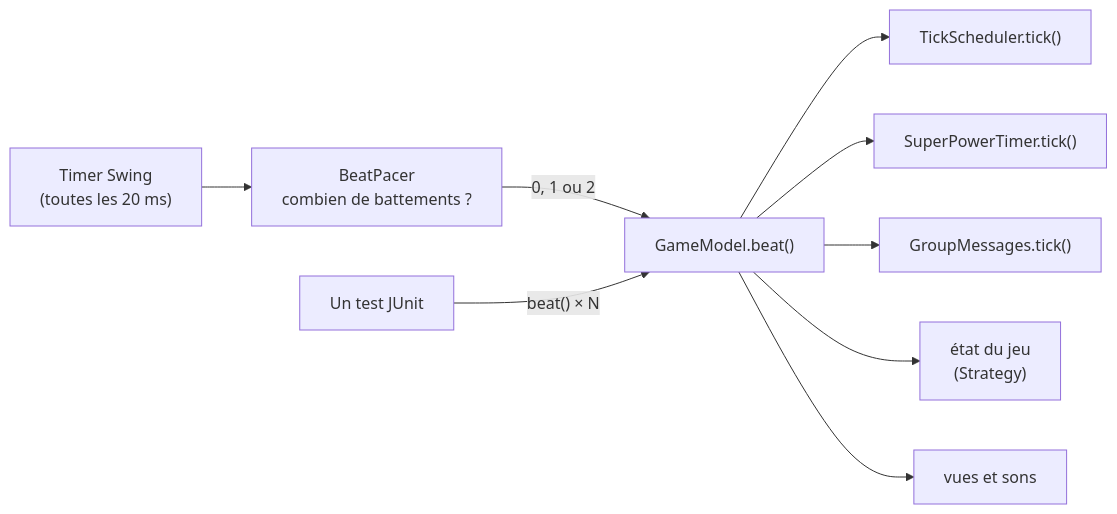
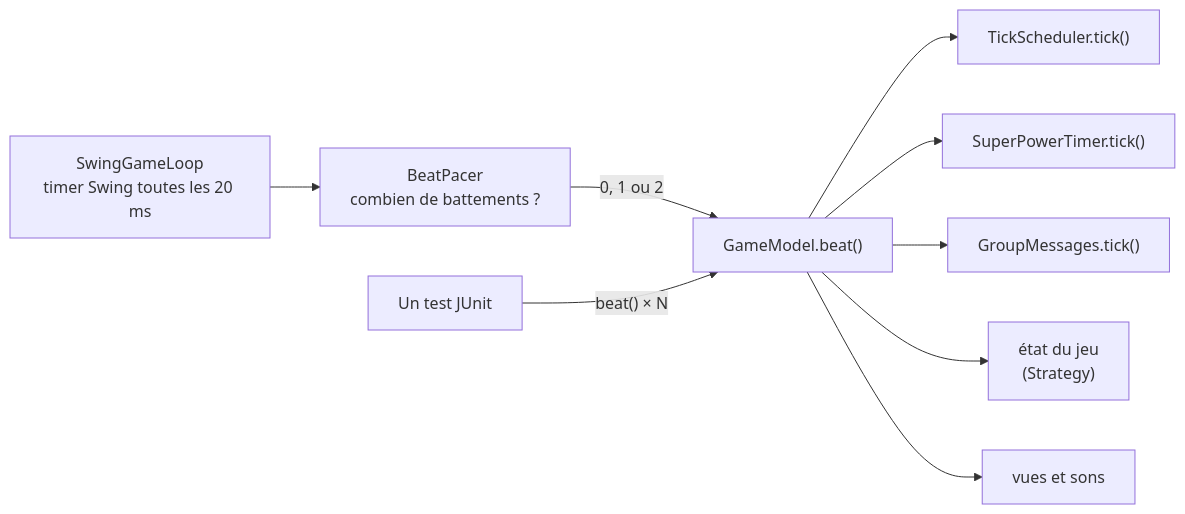
Before and after one commit to FredericLanic/ladybug: the diagram in doc/patterns/game-loop.md, drawn with Mermaid. The commit also changed other lines of this file and 15 other files, not shown here.

First line of the commit message:
[Tech] 4.1 Boucle du jeu sortie du modèle (SwingGameLoop) ; fin des zones blanches au lancement

````diff
--- a/doc/patterns/game-loop.md
+++ b/doc/patterns/game-loop.md
@@ -58,11 +58,11 @@
 ```mermaid
 flowchart LR
-    T["Timer Swing<br/>(toutes les 20 ms)"] --> P["BeatPacer<br/>combien de battements ?"]
+    T["SwingGameLoop<br/>timer Swing toutes les 20 ms"] --> P["BeatPacer<br/>combien de battements ?"]
     P -->|0, 1 ou 2| B["GameModel.beat()"]
     Test["Un test JUnit"] -->|"beat() × N"| B
     B --> S["TickScheduler.tick()"]
     B --> SP["SuperPowerTimer.tick()"]
     B --> M["GroupMessages.tick()"]
     B --> E["état du jeu<br/>(Strategy)"]
     B --> V["vues et sons"]
 ```
````
